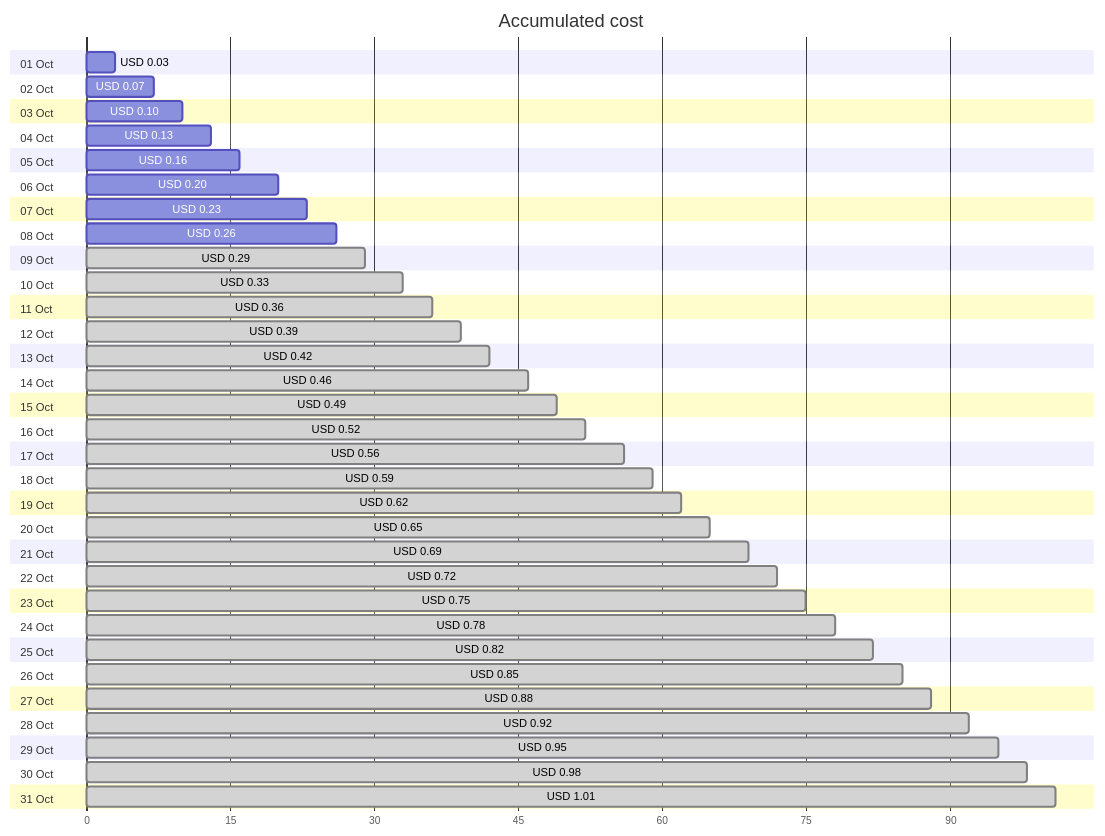
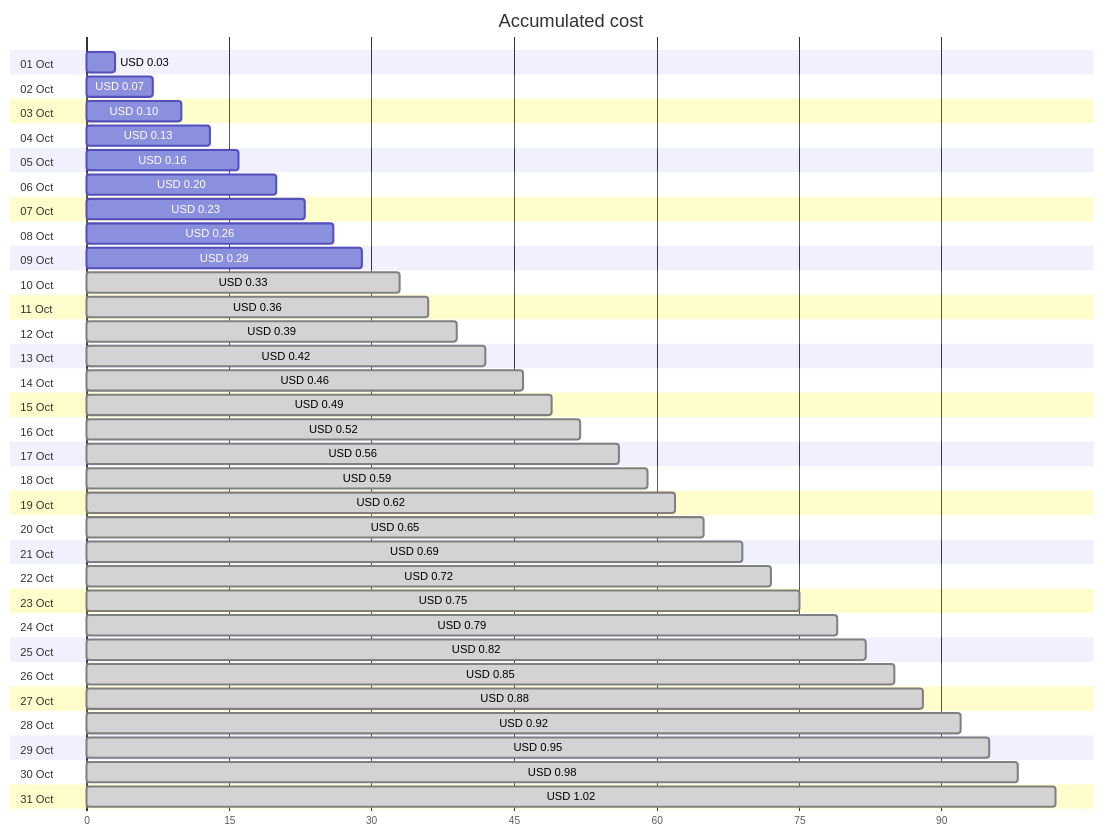
One commit to jpfulton/azure-personal-reports changed the first of 4 diagrams in cost-reports/personal-dns/README.md. Above: the diagram before and after it, drawn with Mermaid. The commit also changed other lines of this file and 2 other files, not shown here.

````diff
--- a/cost-reports/personal-dns/README.md
+++ b/cost-reports/personal-dns/README.md
@@ -20,68 +20,68 @@
 ```mermaid
 gantt
    title Accumulated cost
    dateFormat  X
    axisFormat %s
    section 01 Oct
    USD 0.03 :0, 3
    section 02 Oct
    USD 0.07 :0, 7
    section 03 Oct
    USD 0.10 :0, 10
    section 04 Oct
    USD 0.13 :0, 13
    section 05 Oct
    USD 0.16 :0, 16
    section 06 Oct
    USD 0.20 :0, 20
    section 07 Oct
    USD 0.23 :0, 23
    section 08 Oct
    USD 0.26 :0, 26
    section 09 Oct
-   USD 0.29 : done, 0, 29
+   USD 0.29 :0, 29
    section 10 Oct
    USD 0.33 : done, 0, 33
    section 11 Oct
    USD 0.36 : done, 0, 36
    section 12 Oct
    USD 0.39 : done, 0, 39
    section 13 Oct
    USD 0.42 : done, 0, 42
    section 14 Oct
    USD 0.46 : done, 0, 46
    section 15 Oct
    USD 0.49 : done, 0, 49
    section 16 Oct
    USD 0.52 : done, 0, 52
    section 17 Oct
    USD 0.56 : done, 0, 56
    section 18 Oct
    USD 0.59 : done, 0, 59
    section 19 Oct
    USD 0.62 : done, 0, 62
    section 20 Oct
    USD 0.65 : done, 0, 65
    section 21 Oct
    USD 0.69 : done, 0, 69
    section 22 Oct
    USD 0.72 : done, 0, 72
    section 23 Oct
    USD 0.75 : done, 0, 75
    section 24 Oct
-   USD 0.78 : done, 0, 78
+   USD 0.79 : done, 0, 79
    section 25 Oct
    USD 0.82 : done, 0, 82
    section 26 Oct
    USD 0.85 : done, 0, 85
    section 27 Oct
    USD 0.88 : done, 0, 88
    section 28 Oct
    USD 0.92 : done, 0, 92
    section 29 Oct
    USD 0.95 : done, 0, 95
    section 30 Oct
    USD 0.98 : done, 0, 98
    section 31 Oct
-   USD 1.01 : done, 0, 101
+   USD 1.02 : done, 0, 102
 ```
````
